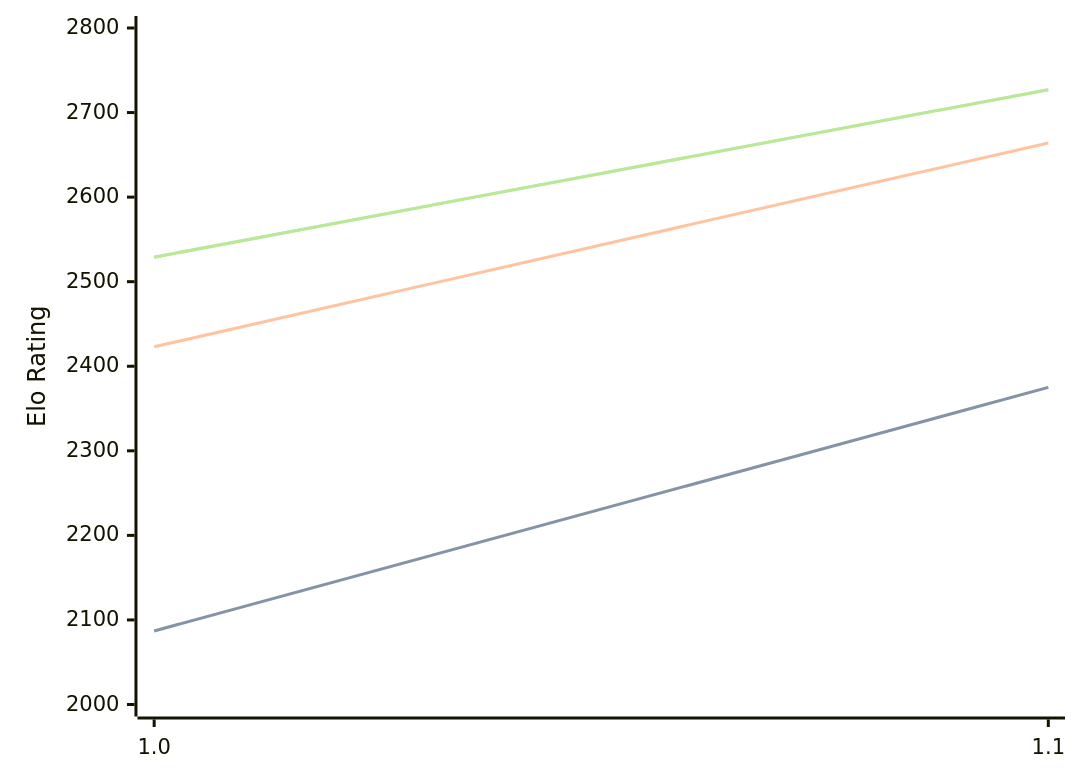
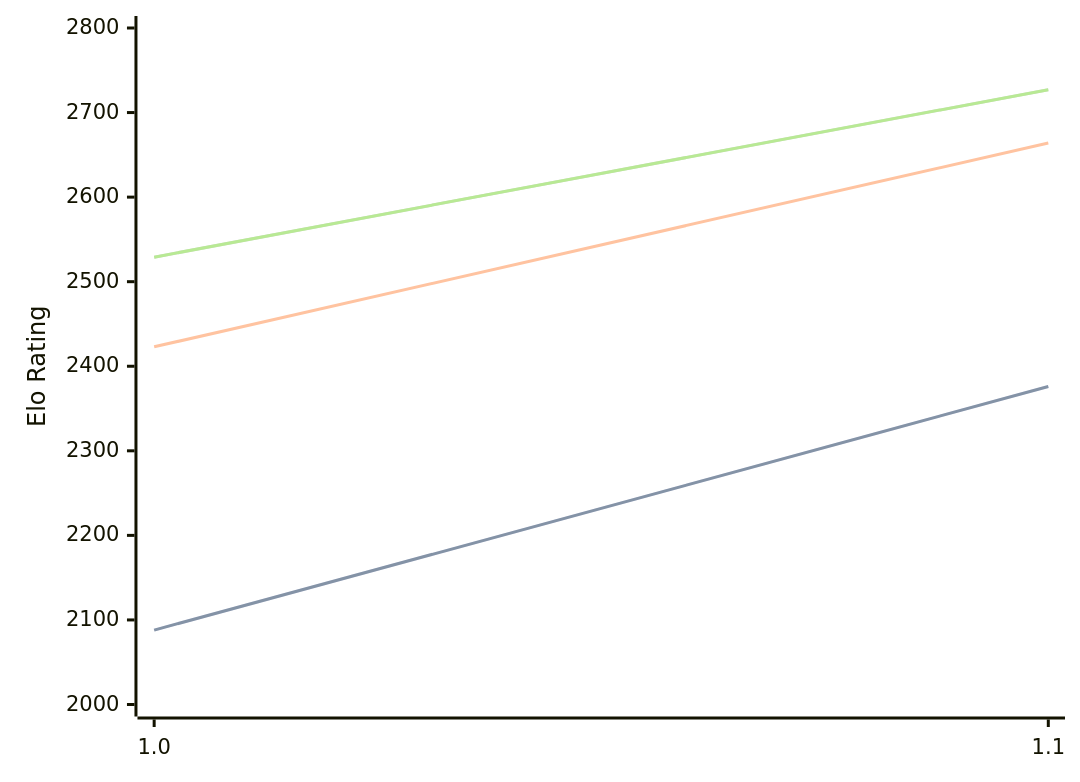
The diagram in engines/Erinn.md (computer-chess-index/cci), drawn with Mermaid before and after one commit. The commit also changed other lines of this file, not shown here.

````diff
--- a/engines/Erinn.md
+++ b/engines/Erinn.md
@@ -32,11 +32,11 @@
 ```mermaid
 %%{init: {"theme":"base","themeVariables":{"seriesColors:['#a3a3a3','#222221','#faa371']}}}%%
 xychart-beta
   x-axis ["1.0", "1.1"]
   y-axis "Elo Rating" 2000 --> 2800
-  line "STC (8.0+0.08s)" [2087, 2375]
-  line "STC (8.0+0.08s)" [2087, 2375]
+  line "STC (8.0+0.08s)" [2088, 2376]
+  line "STC (8.0+0.08s)" [2088, 2376]
   line "LTC (60.0+0.60s)" [2423, 2664]
   line "VLTC (2m24s+1.12s)" [2529, 2727]
   line "VLTC (2m24s+1.12s)" [2529, 2727]
 ```
````
